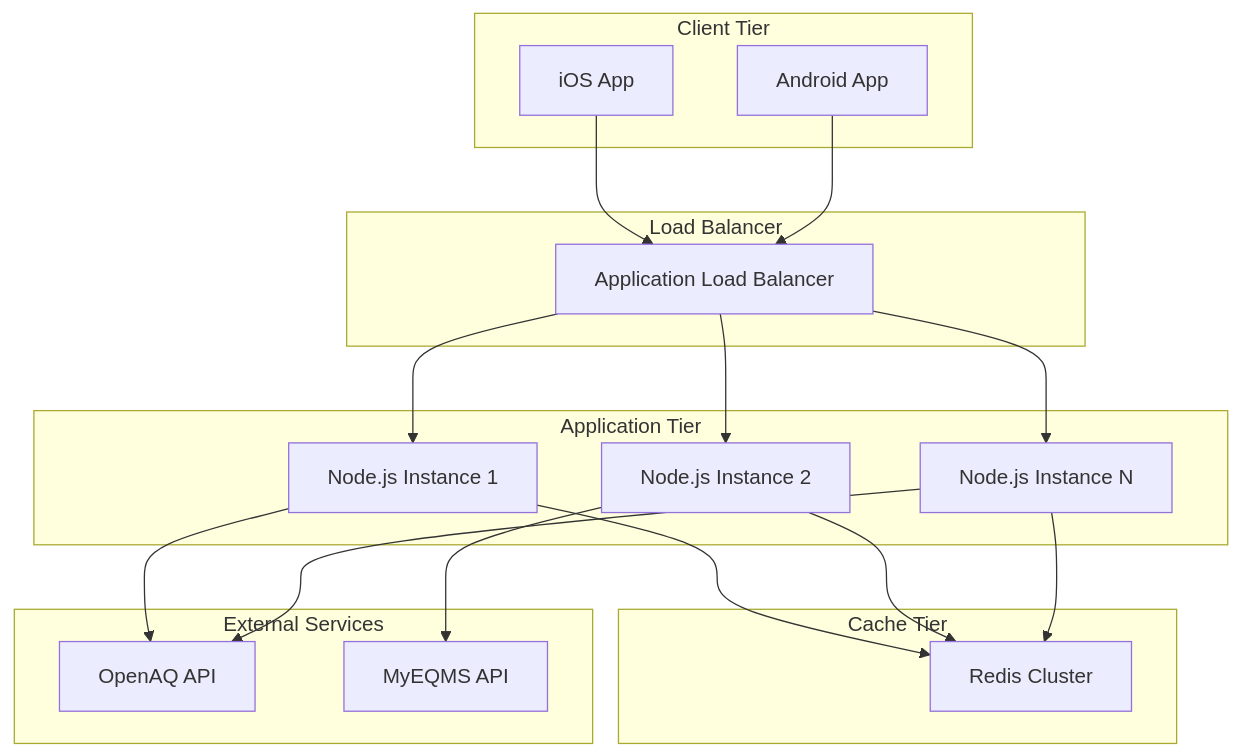
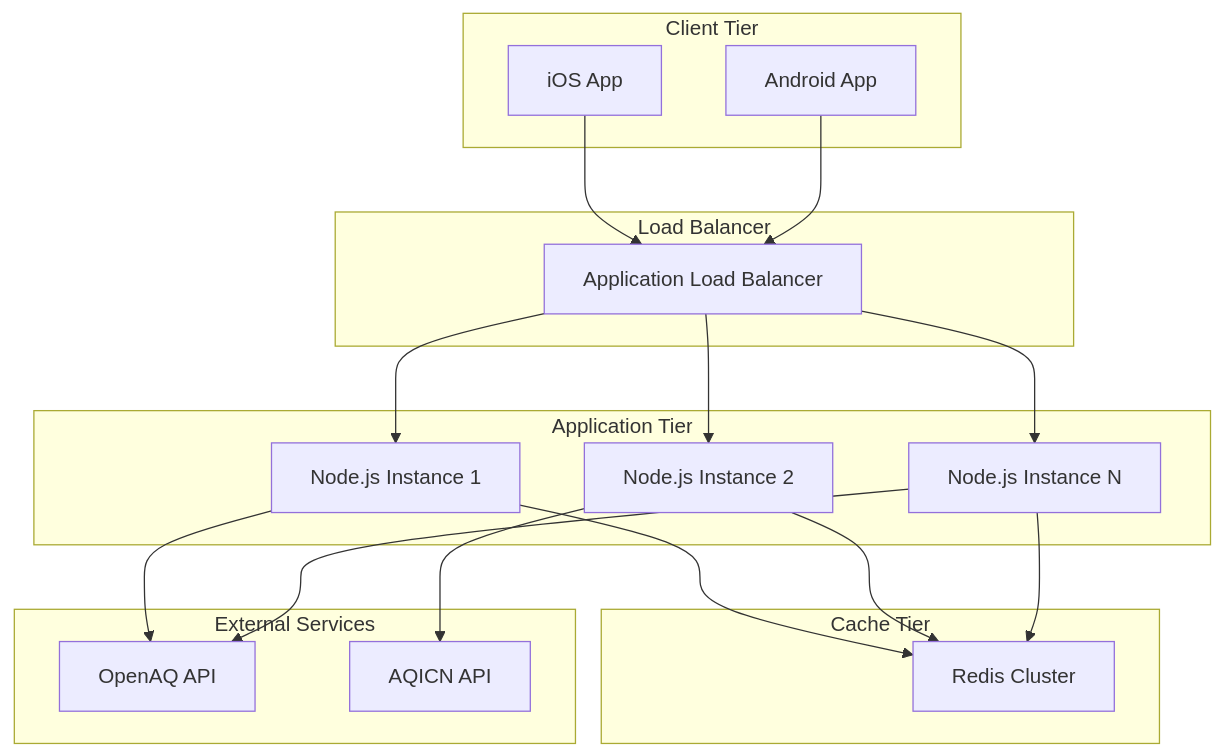
Before and after one commit to atan0168/mirrox: the eighth of 9 diagrams in docs/ARCHITECTURE.md, drawn with Mermaid. The commit also changed other lines of this file and 11 other files, not shown here.

````diff
--- a/docs/ARCHITECTURE.md
+++ b/docs/ARCHITECTURE.md
@@ -332,40 +330,40 @@
 ```mermaid
 graph TB
     subgraph "Client Tier"
         A[iOS App]
         B[Android App]
     end
 
     subgraph "Load Balancer"
         C[Application Load Balancer]
     end
 
     subgraph "Application Tier"
         D[Node.js Instance 1]
         E[Node.js Instance 2]
         F[Node.js Instance N]
     end
 
     subgraph "Cache Tier"
         G[Redis Cluster]
     end
 
     subgraph "External Services"
         H[OpenAQ API]
-        I[MyEQMS API]
+        I[AQICN API]
     end
 
     A --> C
     B --> C
     C --> D
     C --> E
     C --> F
 
     D --> G
     E --> G
     F --> G
 
     D --> H
     E --> I
     F --> H
 ```
````
